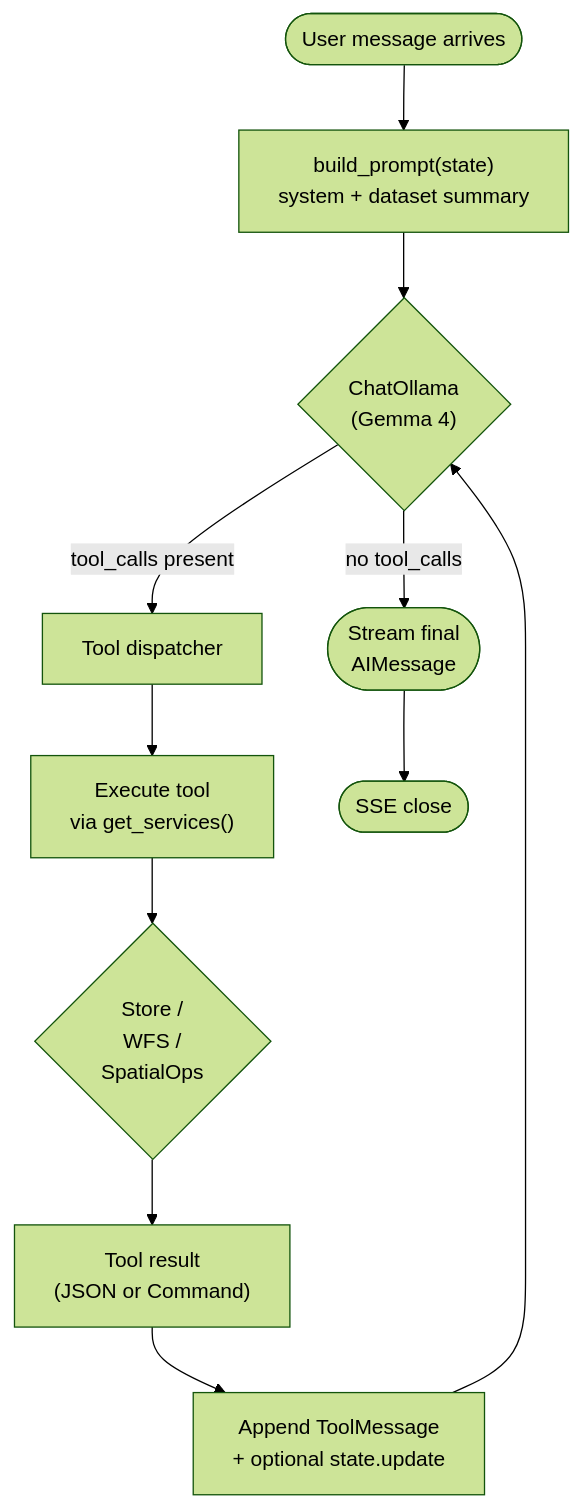
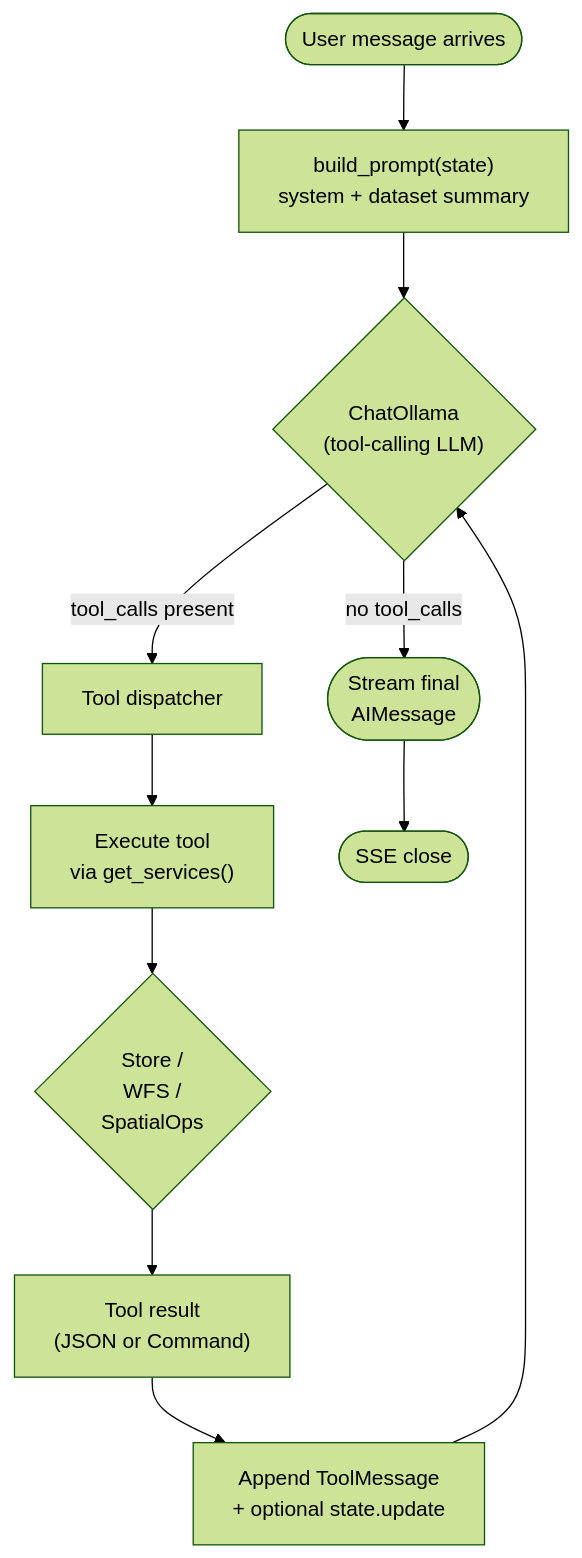
One commit to julien-riel/geo-agent changed the second of 9 diagrams in docs/ARCHITECTURE.md. Above: the diagram before and after it, drawn with Mermaid (forest theme). The commit also changed other lines of this file, not shown here.

First line of the commit message:
docs(architecture): reflect structured errors and single-source-of-truth refactor

````diff
--- a/docs/ARCHITECTURE.md
+++ b/docs/ARCHITECTURE.md
@@ -124,13 +125,13 @@
 ```mermaid
 flowchart TD
     Start([User message arrives]) --> Build["build_prompt(state)<br/>system + dataset summary"]
-    Build --> LLM{"ChatOllama<br/>(Gemma 4)"}
+    Build --> LLM{"ChatOllama<br/>(tool-calling LLM)"}
     LLM -->|tool_calls present| Dispatch["Tool dispatcher"]
     LLM -->|no tool_calls| Final([Stream final<br/>AIMessage])
     Dispatch --> ToolExec["Execute tool<br/>via get_services()"]
     ToolExec --> StoreOrSrv{"Store /<br/>WFS /<br/>SpatialOps"}
     StoreOrSrv --> Result["Tool result<br/>(JSON or Command)"]
     Result --> Append["Append ToolMessage<br/>+ optional state.update"]
     Append --> LLM
     Final --> End([SSE close])
 ```
````
